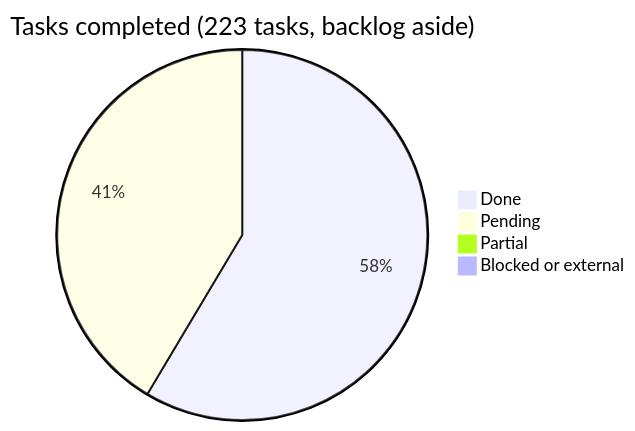
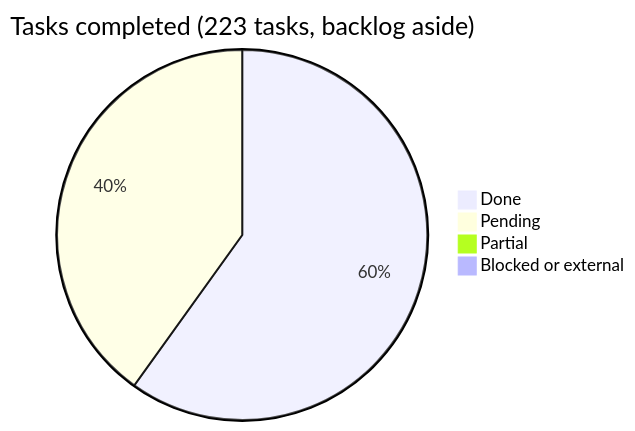
One commit to araguaney-lat/araguaney-app changed the diagram in docs/roadmap/README.md. Above: the diagram before and after it, drawn with Mermaid. The commit also changed other lines of this file and 9 other files, not shown here.

````diff
--- a/docs/roadmap/README.md
+++ b/docs/roadmap/README.md
@@ -38,7 +38,7 @@
 ```mermaid
 pie title Tasks completed (223 tasks, backlog aside)
-    "Done" : 130
-    "Pending" : 92
+    "Done" : 133
+    "Pending" : 89
     "Partial" : 1
     "Blocked or external" : 0
 ```
````
